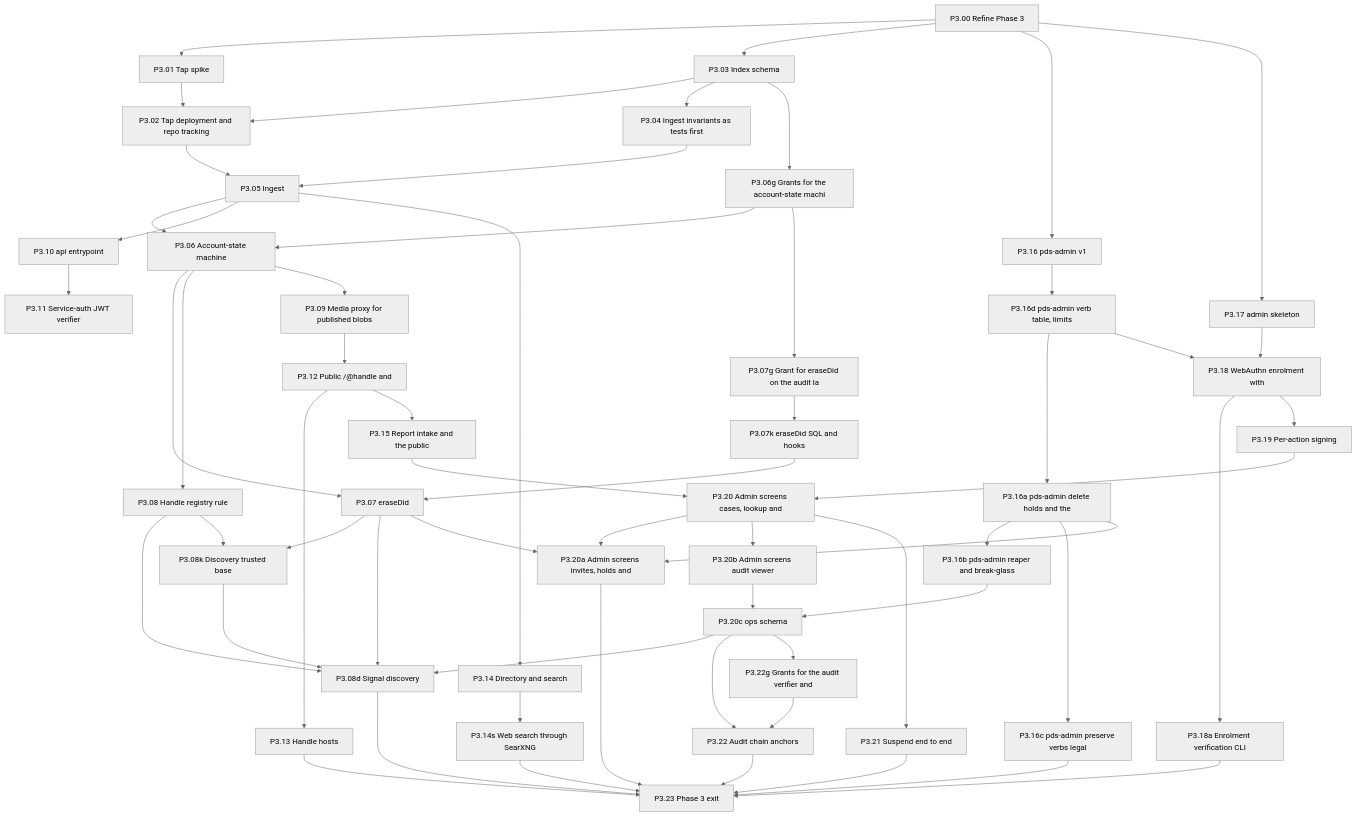
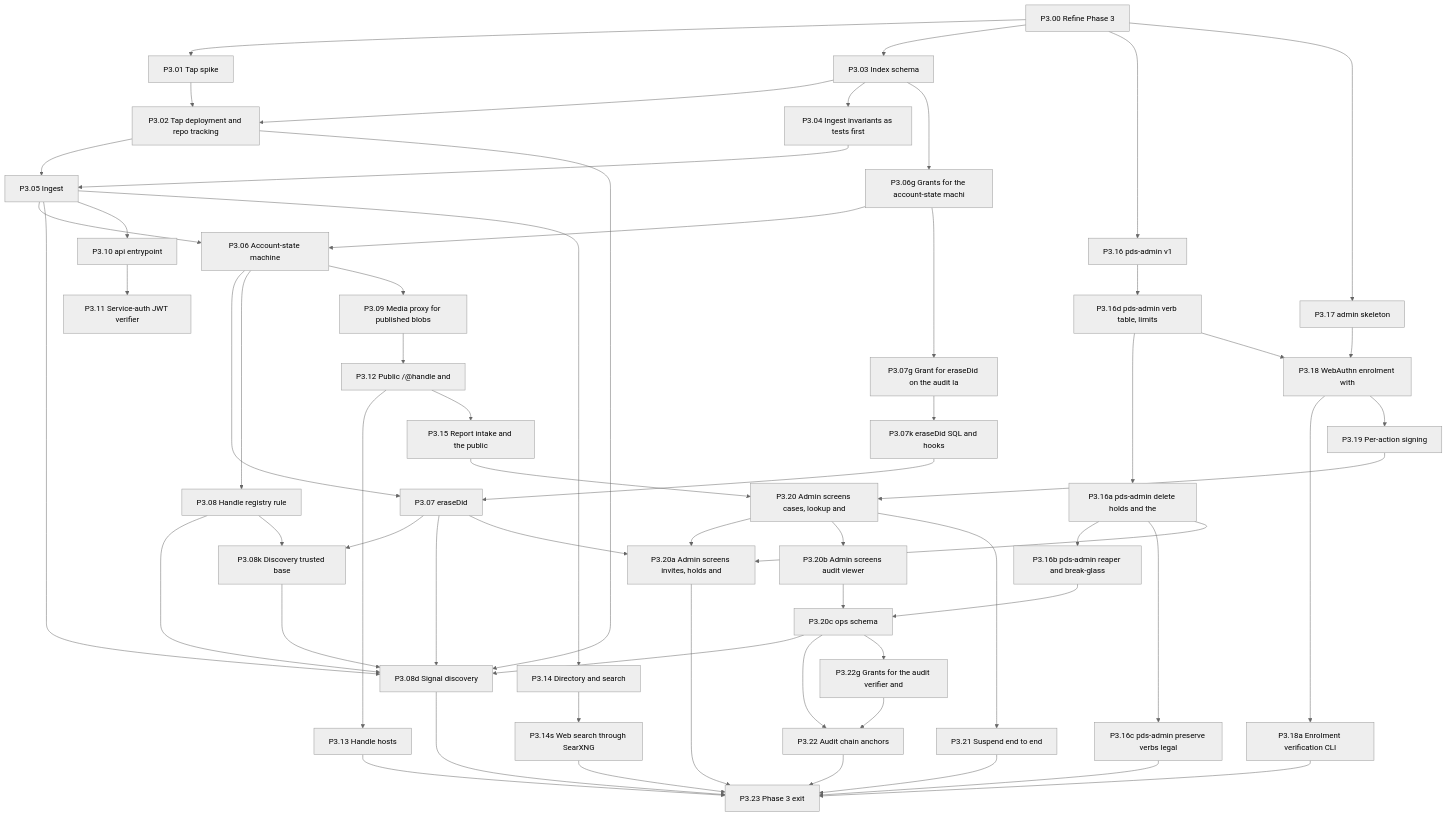
The sixth of 11 diagrams in docs/ai/book/01-outline.md (Undefined6799/unset), drawn with Mermaid (neutral theme) before and after one commit. The commit also changed 3 other files, not shown here.

```diff
--- a/docs/ai/book/01-outline.md
+++ b/docs/ai/book/01-outline.md
@@ -1720,6 +1720,8 @@
   P3_08 --> P3_08k
   P3_07 --> P3_08k
   P3_08k --> P3_08d
+  P3_02 --> P3_08d
+  P3_05 --> P3_08d
   P3_20c --> P3_08d
   P3_07 --> P3_08d
   P3_08d --> P3_23
```
